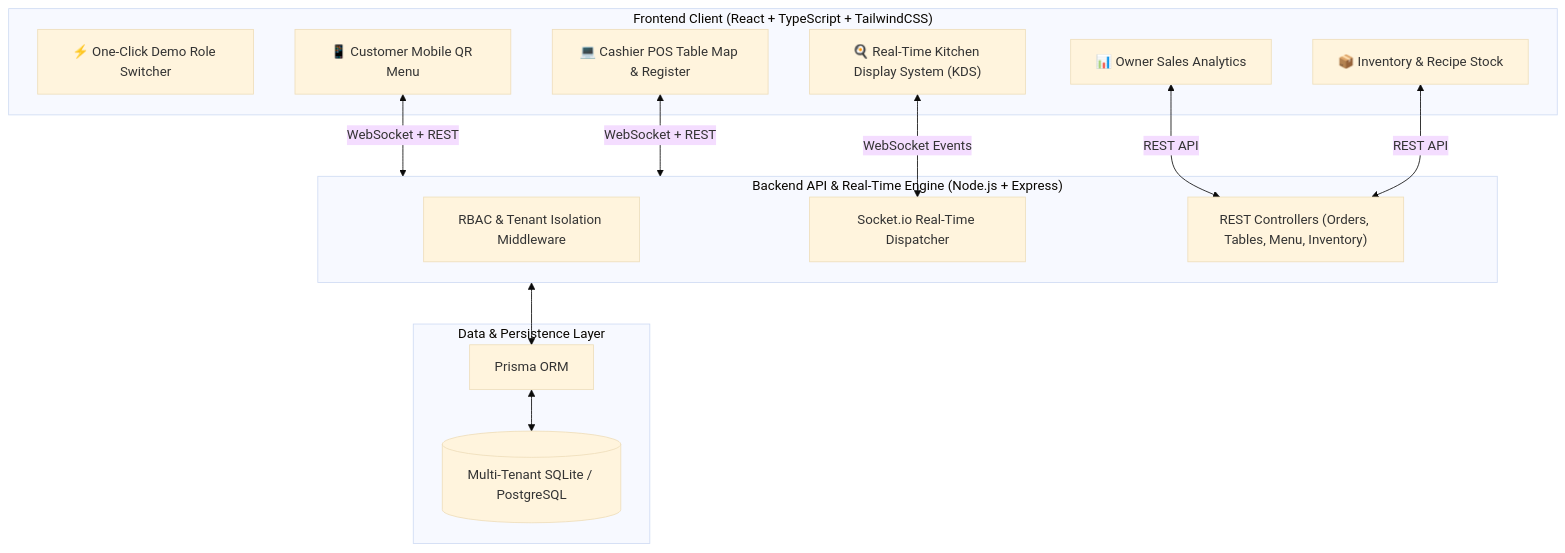
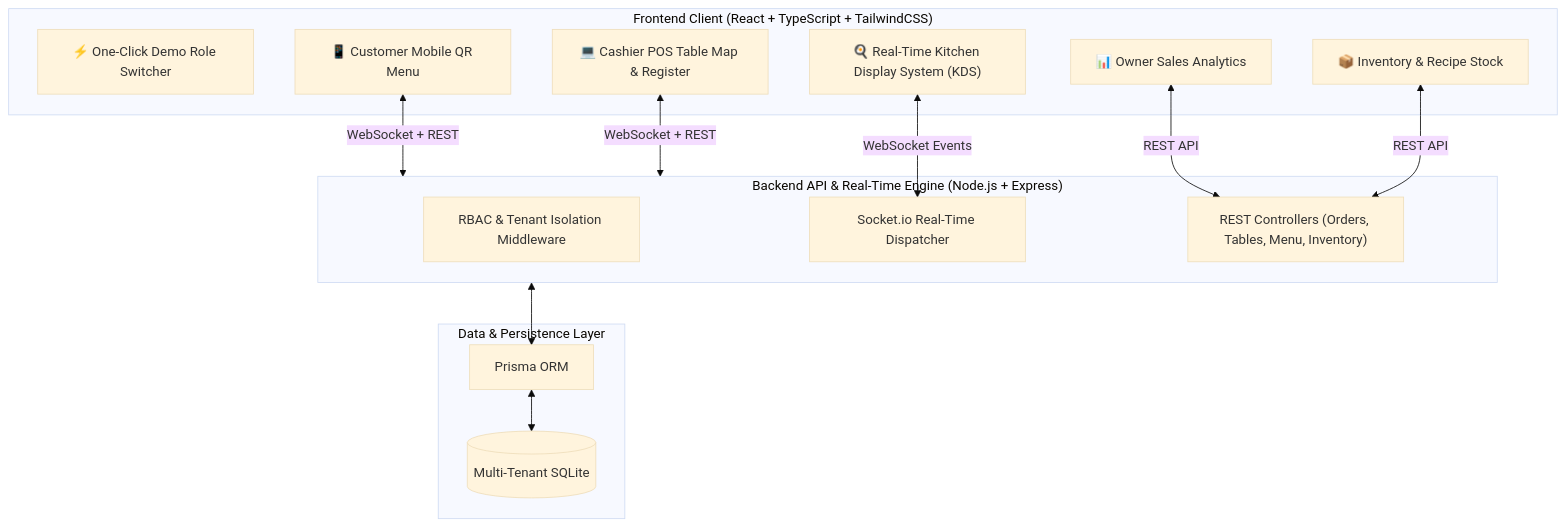
The diagram in README.md (Jakkapon-Dev/Multi-Tenant-POS-Queue-Management), drawn with Mermaid (base theme) before and after one commit. The commit also changed other lines of this file and 9 other files, not shown here.

````diff
--- a/README.md
+++ b/README.md
@@ -29,29 +29,29 @@
 ```mermaid
 flowchart TB
     subgraph Client ["Frontend Client (React + TypeScript + TailwindCSS)"]
         DemoSwitcher["⚡ One-Click Demo Role Switcher"]
         CustomerView["📱 Customer Mobile QR Menu"]
         CashierPOS["💻 Cashier POS Table Map & Register"]
         KDS["🍳 Real-Time Kitchen Display System (KDS)"]
         Dashboard["📊 Owner Sales Analytics"]
         Inventory["📦 Inventory & Recipe Stock"]
     end
 
     subgraph Backend ["Backend API & Real-Time Engine (Node.js + Express)"]
         AuthMiddleware["RBAC & Tenant Isolation Middleware"]
         SocketEngine["Socket.io Real-Time Dispatcher"]
         REST_API["REST Controllers (Orders, Tables, Menu, Inventory)"]
     end
 
     subgraph Database ["Data & Persistence Layer"]
         Prisma["Prisma ORM"]
-        DB[("Multi-Tenant SQLite / PostgreSQL")]
+        DB[("Multi-Tenant SQLite")]
     end
 
     CustomerView <-->|WebSocket + REST| Backend
     CashierPOS <-->|WebSocket + REST| Backend
     KDS <-->|WebSocket Events| SocketEngine
     Dashboard <-->|REST API| REST_API
     Inventory <-->|REST API| REST_API
     Backend <--> Prisma <--> DB
 ```
````
